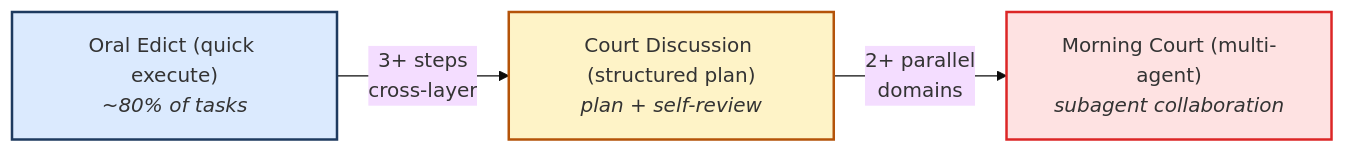
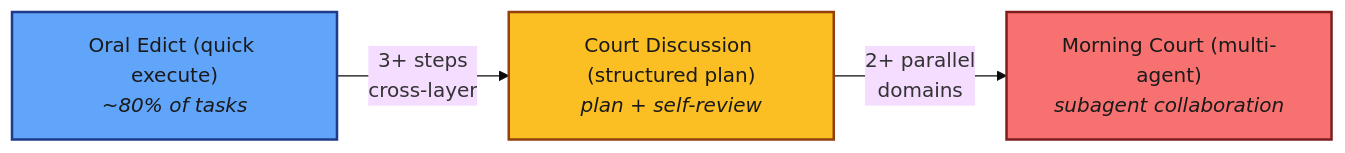
The first of 6 diagrams in docs/ming-court-code/guide.md (shiqkuangsan/oh-my-daily-skills), drawn with Mermaid (base theme) before and after one commit. The commit also changed other lines of this file and 1 other file, not shown here.

First line of the commit message:
style(ming-court-code): boost Mermaid diagram colors for GitHub dark mode

````diff
--- a/docs/ming-court-code/guide.md
+++ b/docs/ming-court-code/guide.md
@@ -19,9 +19,9 @@
 ```mermaid
 graph LR
     A["Oral Edict (quick execute)<br/><i>~80% of tasks</i>"] -->|"3+ steps<br/>cross-layer"| B["Court Discussion (structured plan)<br/><i>plan + self-review</i>"]
     B -->|"2+ parallel<br/>domains"| C["Morning Court (multi-agent)<br/><i>subagent collaboration</i>"]
 
-    style A fill:#dbeafe,stroke:#1e3a5f,stroke-width:2px
-    style B fill:#fef3c7,stroke:#b45309,stroke-width:2px
-    style C fill:#fee2e2,stroke:#dc2626,stroke-width:2px
+    style A fill:#60a5fa,stroke:#1e3a8a,color:#1a1a1a,stroke-width:2px
+    style B fill:#fbbf24,stroke:#92400e,color:#1a1a1a,stroke-width:2px
+    style C fill:#f87171,stroke:#7f1d1d,color:#1a1a1a,stroke-width:2px
 ```
````
